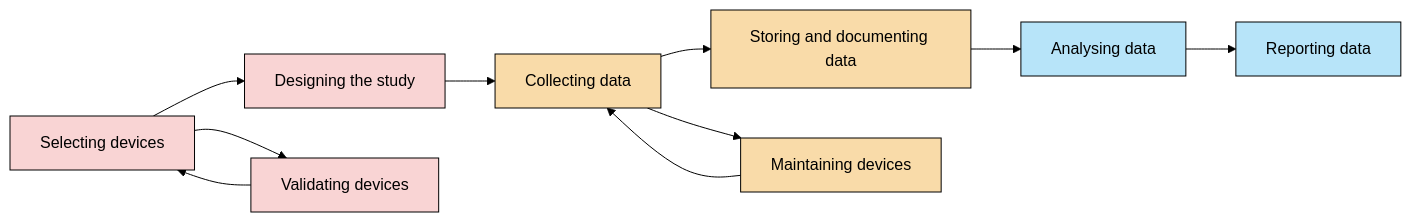
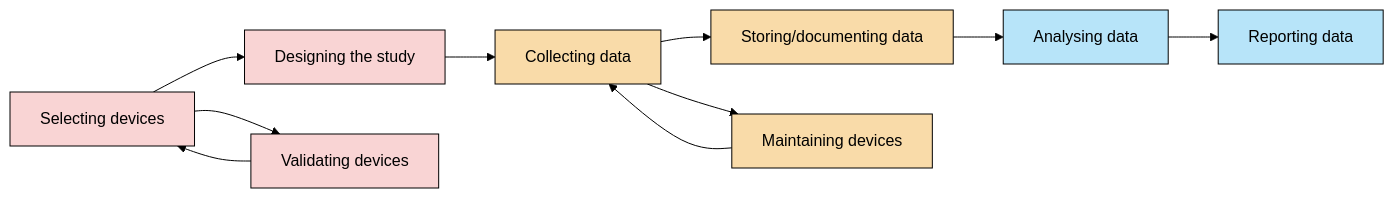
The diagram in index.qmd (RDA-WG-VisualExperienceData/ResearcherGuide), drawn with Mermaid (forest theme) before and after one commit.

````diff
--- a/index.qmd
+++ b/index.qmd
@@ -36,25 +36,25 @@
 ```{mermaid}
 flowchart LR
     A[Selecting devices] --> B[Designing the study]
     B --> C[Collecting data]
-    C --> D[Storing and documenting data]
+    C --> D[Storing/documenting data]
     D --> E[Analysing data]
     E --> F[Reporting data]
 
     A --> G[Validating devices]
     G --> A
 
     C --> H[Maintaining devices]
     H --> C
 
     style A fill:#f9d4d4,stroke:#000
     style B fill:#f9d4d4,stroke:#000
     style G fill:#f9d4d4,stroke:#000
 
     style C fill:#f9dba9,stroke:#000
     style H fill:#f9dba9,stroke:#000
     style D fill:#f9dba9,stroke:#000
 
     style E fill:#b7e4f9,stroke:#000
     style F fill:#b7e4f9,stroke:#000
 ```
````
